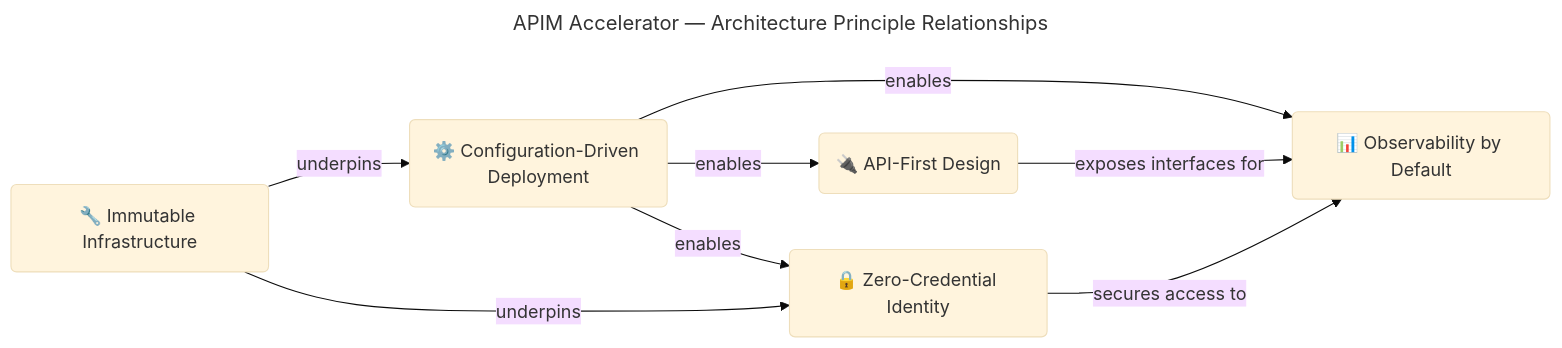
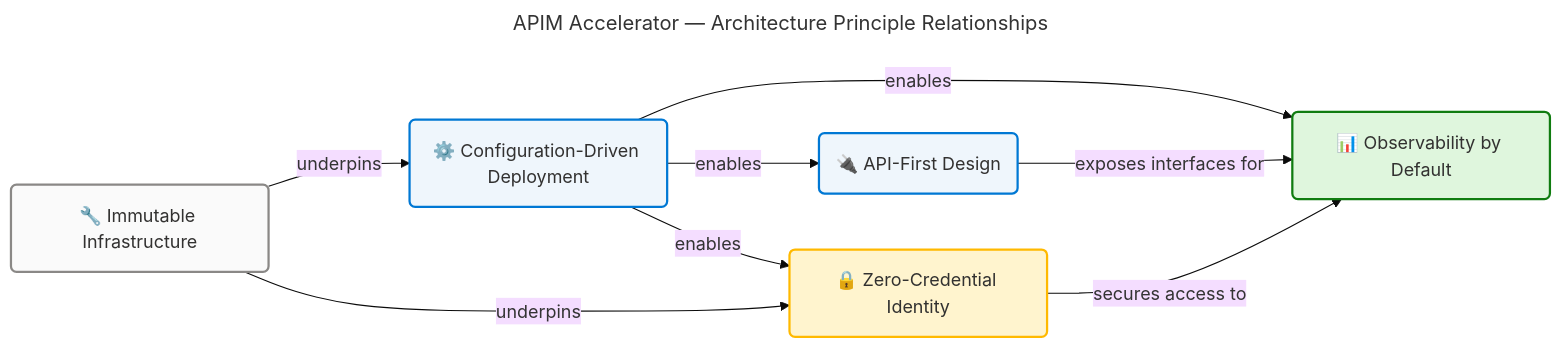
Before and after one commit to Evilazaro/APIM-Accelerator: the fourth of 8 diagrams in docs/architecture/application-architecture.md, drawn with Mermaid. The commit also changed other lines of this file, not shown here.

Commit message:
style: enhance flowchart styles with additional class definitions for improved clarity and consistency in application architecture diagrams

````diff
--- a/docs/architecture/application-architecture.md
+++ b/docs/architecture/application-architecture.md
@@ -387,44 +418,49 @@
 ```mermaid
 ---
 title: "APIM Accelerator — Architecture Principle Relationships"
 config:
   theme: base
   look: classic
   layout: dagre
   themeVariables:
     fontSize: '16px'
   flowchart:
     htmlLabels: true
 ---
 flowchart LR
     accTitle: Architecture Principle Relationship Diagram
     accDescr: Flowchart showing how the five architecture principles relate to each other and to the application outcomes they enable
 
     %% ═══════════════════════════════════════════════════════════════════════════
     %% AZURE / FLUENT ARCHITECTURE PATTERN v2.0
     %% (Semantic + Structural + Font + Accessibility Governance)
     %% ═══════════════════════════════════════════════════════════════════════════
     %% PHASE 1 - FLUENT UI: All styling uses approved Fluent UI palette only
     %% PHASE 2 - GROUPS: Every subgraph has semantic color via style directive
     %% PHASE 3 - COMPONENTS: Every node has semantic classDef + icon prefix
     %% PHASE 4 - ACCESSIBILITY: accTitle/accDescr present, WCAG AA contrast
     %% PHASE 5 - STANDARD: Governance block present, classDefs centralized
     %% ═══════════════════════════════════════════════════════════════════════════
 
 
     P1("🔌 API-First Design"):::core
     P2("🔒 Zero-Credential Identity"):::warning
     P3("📊 Observability by Default"):::success
     P4("⚙️ Configuration-Driven Deployment"):::core
     P5("🔧 Immutable Infrastructure"):::neutral
 
     P4 -->|"enables"| P1
     P4 -->|"enables"| P2
     P4 -->|"enables"| P3
     P1 -->|"exposes interfaces for"| P3
     P2 -->|"secures access to"| P3
     P5 -->|"underpins"| P4
     P5 -->|"underpins"| P2
 
+    classDef neutral fill:#FAFAFA,stroke:#8A8886,stroke-width:2px,color:#323130
+    classDef core fill:#EFF6FC,stroke:#0078D4,stroke-width:2px,color:#323130
+    classDef success fill:#DFF6DD,stroke:#107C10,stroke-width:2px,color:#323130
+    classDef warning fill:#FFF4CE,stroke:#FFB900,stroke-width:2px,color:#323130
+    classDef danger fill:#FDE7E9,stroke:#D13438,stroke-width:2px,color:#323130
 
 ```
````
